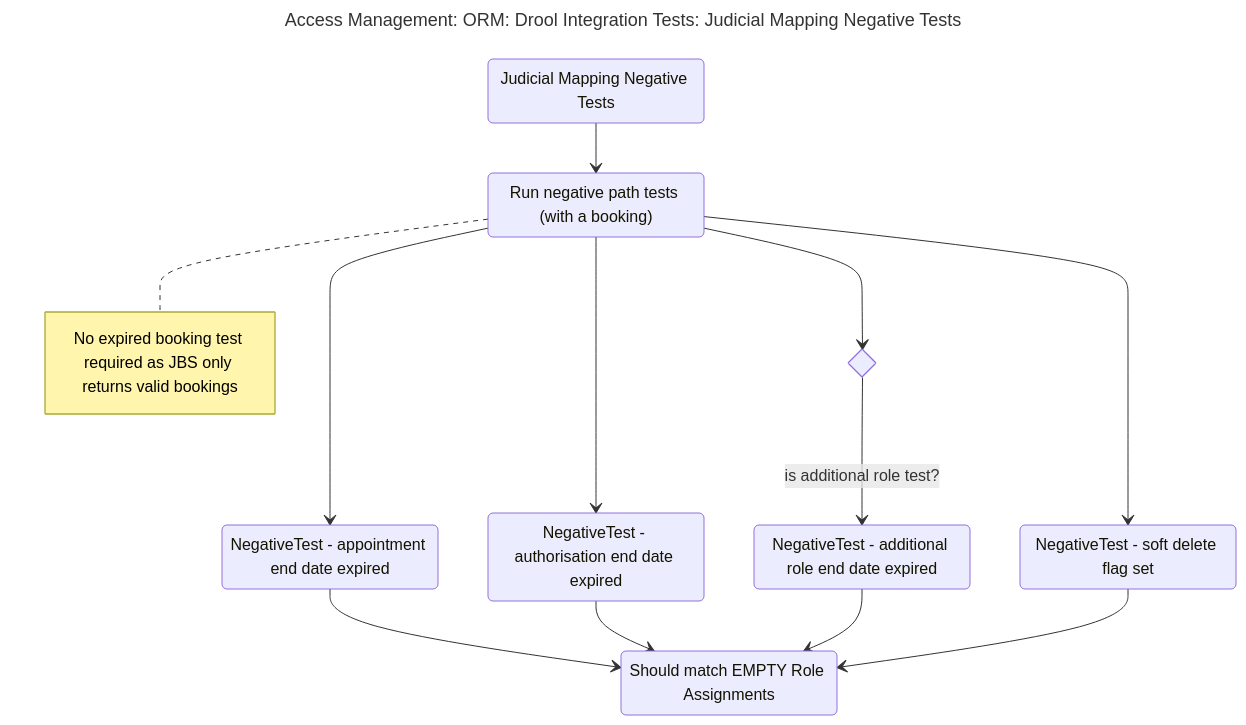
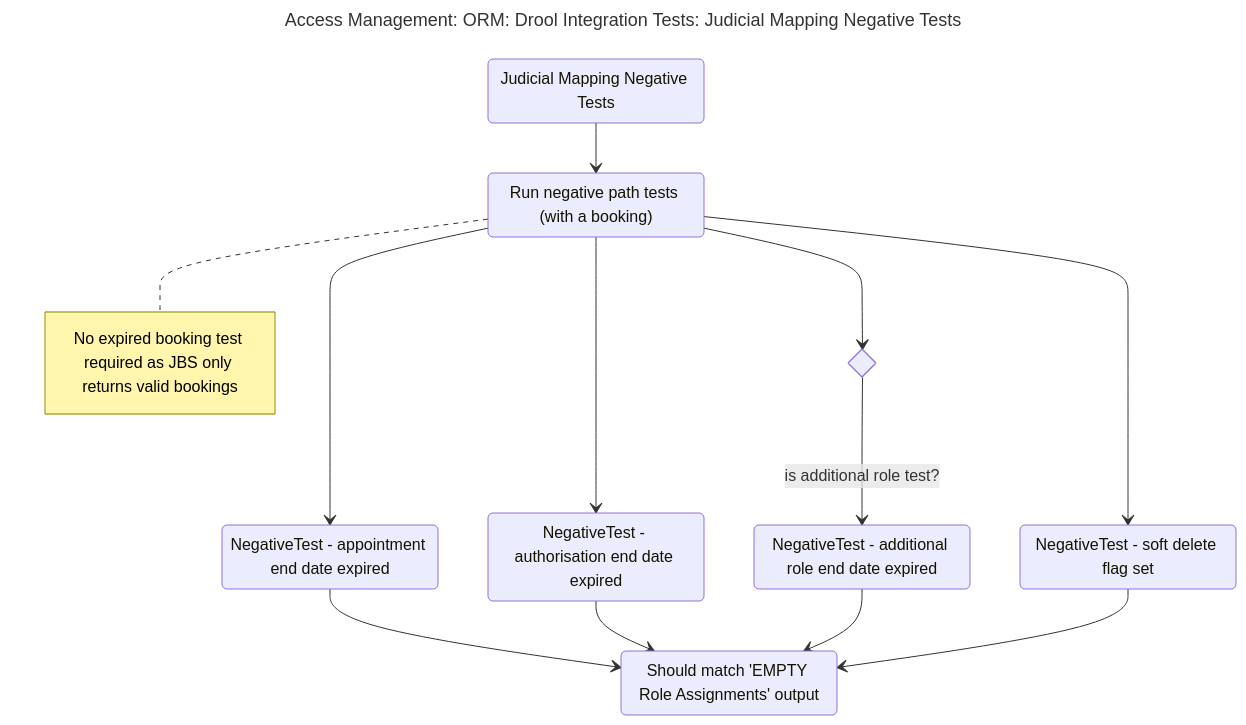
Before and after one commit to hmcts/am-org-role-mapping-service: the third of 3 diagrams in src/integrationTest/resources/DroolTests/README.md, drawn with Mermaid. The commit also changed other lines of this file and 2 other files, not shown here.

````diff
--- a/src/integrationTest/resources/DroolTests/README.md
+++ b/src/integrationTest/resources/DroolTests/README.md
@@ -107,39 +95,39 @@
 ```mermaid
 ---
 title: "Access Management: ORM: Drool Integration Tests: Judicial Mapping Negative Tests"
 ---
 stateDiagram-v2
 
     MappingTests ::: test : Judicial Mapping Negative Tests
 
     RunNegativePaths ::: testRun : Run negative path tests (with a booking)
 
     NegativeTest1 ::: scenario : NegativeTest - appointment end date expired
     NegativeTest2 ::: scenario : NegativeTest - authorisation end date expired
     NegativeTest3 ::: scenario : NegativeTest - additional role end date expired
     NegativeTest4 ::: scenario : NegativeTest - soft delete flag set
 
     note right of RunNegativePaths : No expired booking test required as JBS only returns valid bookings
 
-    shouldMatchEmptyRoleAssignments ::: result : Should match EMPTY Role Assignments
+    shouldMatchEmptyRoleAssignments ::: result : Should match 'EMPTY Role Assignments' output
 
     state is_additional_role_test <<choice>>
 
     MappingTests --> RunNegativePaths
 
     RunNegativePaths --> NegativeTest1
     RunNegativePaths --> NegativeTest2
     RunNegativePaths --> is_additional_role_test
     is_additional_role_test --> NegativeTest3: is additional role test?
     RunNegativePaths --> NegativeTest4
 
     NegativeTest1 --> shouldMatchEmptyRoleAssignments
     NegativeTest2 --> shouldMatchEmptyRoleAssignments
     NegativeTest3 --> shouldMatchEmptyRoleAssignments
     NegativeTest4 --> shouldMatchEmptyRoleAssignments
 
     classDef testRun fill:orange
     classDef test fill:white
     classDef result fill:green,color:white
     classDef scenario fill:navy,color:white
 ```
````
